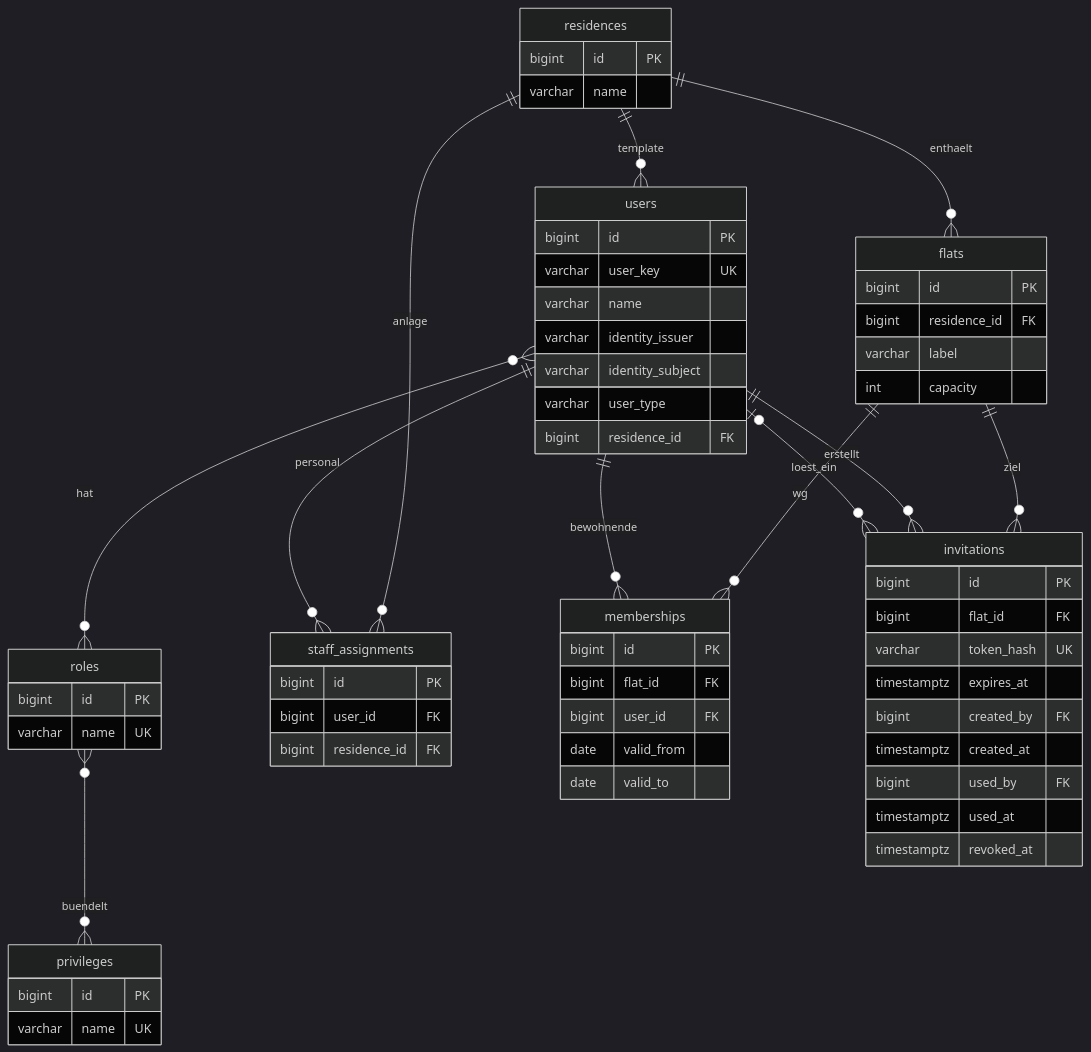
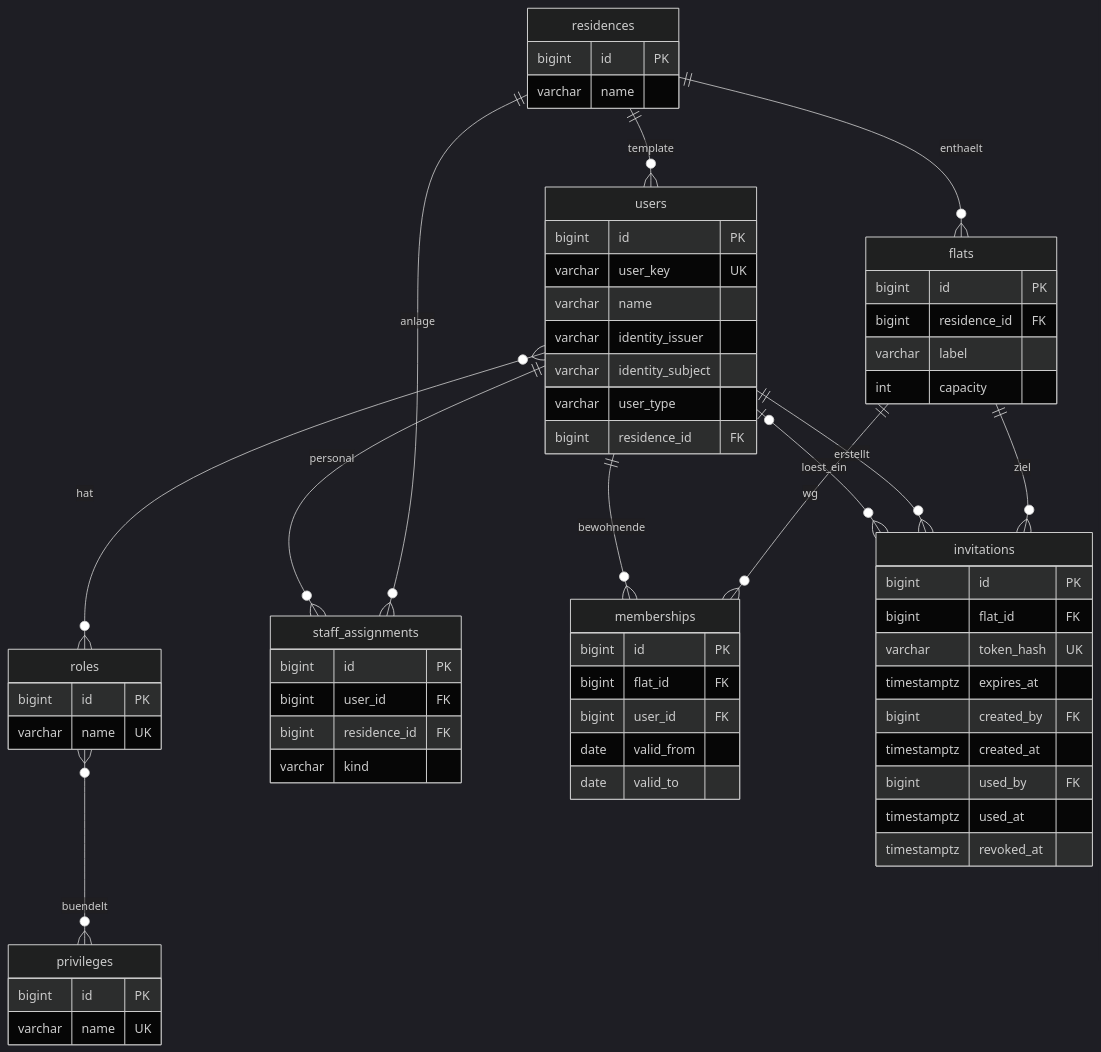
Before and after one commit to Sybit-Education/AUME2026: the second of 10 diagrams in docs/architektur/datenmodell.md, drawn with Mermaid (dark theme). The commit also changed other lines of this file and 27 other files, not shown here.

````diff
--- a/docs/architektur/datenmodell.md
+++ b/docs/architektur/datenmodell.md
@@ -52,65 +52,66 @@
 ```mermaid
 erDiagram
     residences ||--o{ flats : enthaelt
     residences ||--o{ users : template
     users }o--o{ roles : hat
     roles }o--o{ privileges : buendelt
     residences ||--o{ staff_assignments : anlage
     users ||--o{ staff_assignments : personal
     flats ||--o{ memberships : wg
     users ||--o{ memberships : bewohnende
     flats ||--o{ invitations : ziel
     users ||--o{ invitations : erstellt
     users |o--o{ invitations : loest_ein
 
     residences {
         bigint id PK
         varchar name
     }
     flats {
         bigint id PK
         bigint residence_id FK
         varchar label
         int capacity
     }
     users {
         bigint id PK
         varchar user_key UK
         varchar name
         varchar identity_issuer
         varchar identity_subject
         varchar user_type
         bigint residence_id FK
     }
     roles {
         bigint id PK
         varchar name UK
     }
     privileges {
         bigint id PK
         varchar name UK
     }
     staff_assignments {
         bigint id PK
         bigint user_id FK
         bigint residence_id FK
+        varchar kind
     }
     memberships {
         bigint id PK
         bigint flat_id FK
         bigint user_id FK
         date valid_from
         date valid_to
     }
     invitations {
         bigint id PK
         bigint flat_id FK
         varchar token_hash UK
         timestamptz expires_at
         bigint created_by FK
         timestamptz created_at
         bigint used_by FK
         timestamptz used_at
         timestamptz revoked_at
     }
 ```
````
